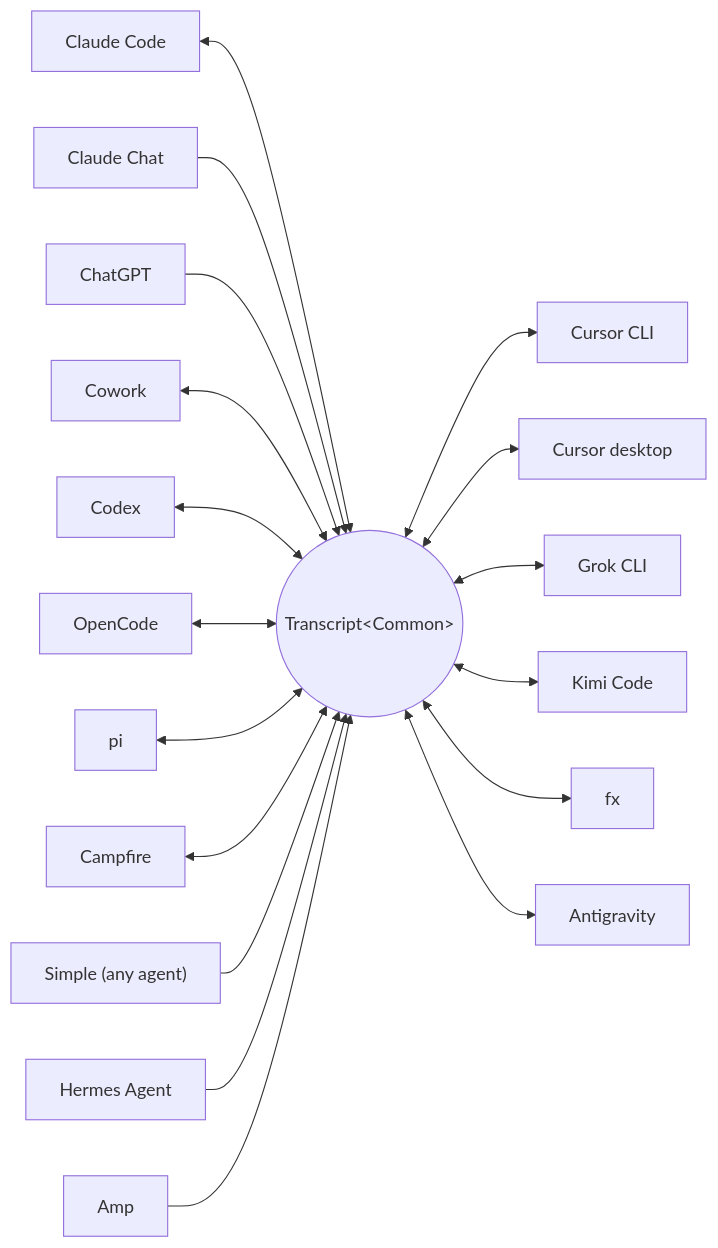
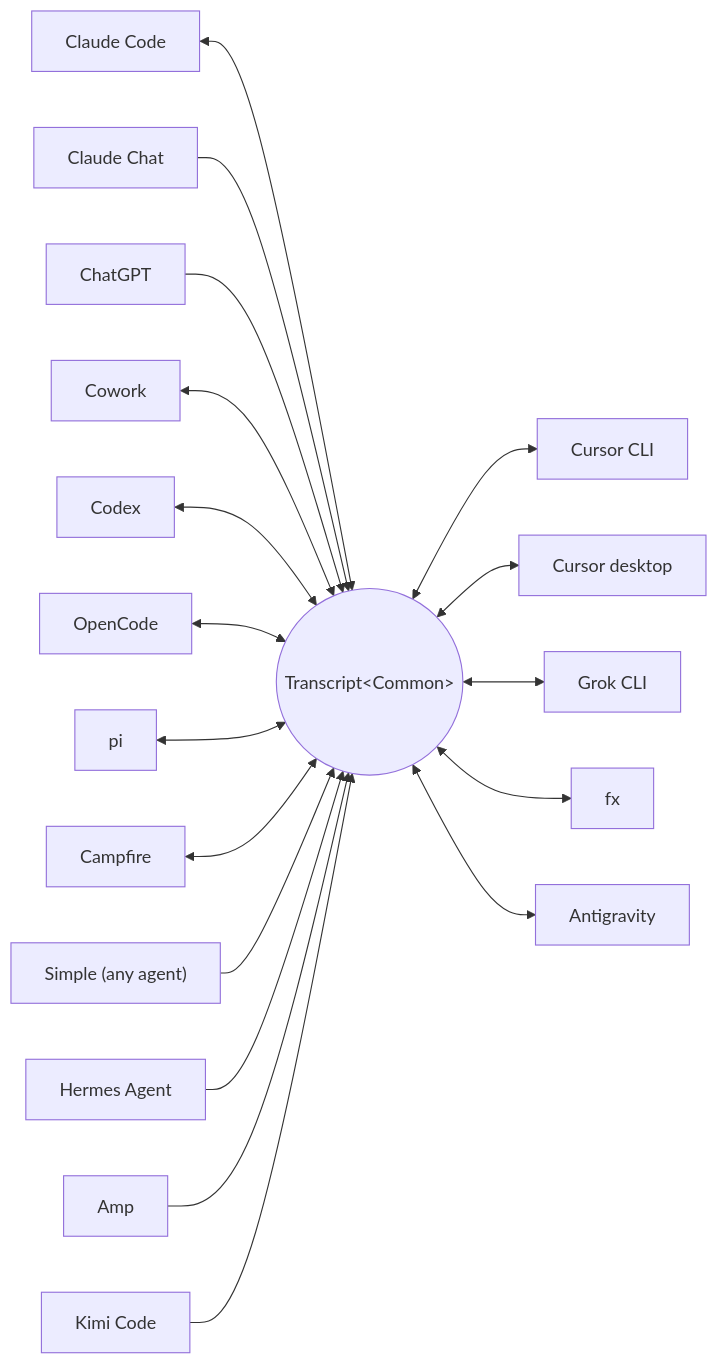
Before and after one commit to skillsynchq/txcript: the diagram in README.md, drawn with Mermaid. The commit also changed 1 other file, not shown here.

Commit message:
fix(kimi): preserve tool-result notes and mixed user block order
Three review findings:

- A Kimi tool result's `note` — a truncation or permission annotation — was
  only retained when `output` was a string. For an object, array, or null
  output the note was silently dropped. Text output still takes the note as a
  suffix; every other shape now keeps its structure and carries the note
  beside it.
- Encoding a user message in two passes emitted all text before all tool
  results, so a Common message holding `[ToolResult, Text]` round-tripped
  through Kimi as `[Text, ToolResult]`. Blocks are now emitted in one ordered
  pass, coalescing adjacent text and flushing it ahead of each tool result.
- The README diagram showed `common <--> kimi`, contradicting the table and
  the read-only store. It is now `kimi --> common`, alongside the other
  source-only harnesses.

````diff
--- a/README.md
+++ b/README.md
@@ -61,20 +61,20 @@
 ```mermaid
 flowchart LR
     claude["Claude Code"] <--> common(("Transcript&lt;Common&gt;"))
     claudechat["Claude Chat"] --> common
     chatgpt["ChatGPT"] --> common
     cowork["Cowork"] <--> common
     codex["Codex"] <--> common
     opencode["OpenCode"] <--> common
     pi["pi"] <--> common
     campfire["Campfire"] <--> common
     common <--> cursor["Cursor CLI"]
     common <--> cursordesktop["Cursor desktop"]
     common <--> grok["Grok CLI"]
-    common <--> kimi["Kimi Code"]
     common <--> fx["fx"]
     common <--> antigravity["Antigravity"]
     simple["Simple (any agent)"] --> common
     hermes["Hermes Agent"] --> common
     amp["Amp"] --> common
+    kimi["Kimi Code"] --> common
 ```
````
